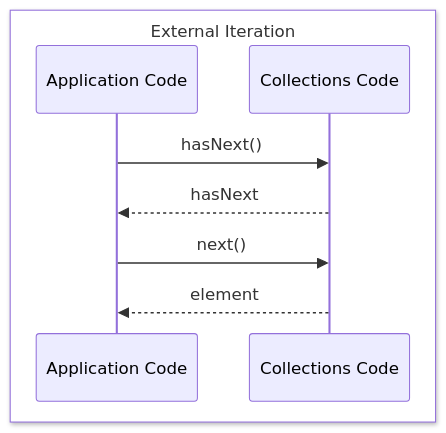
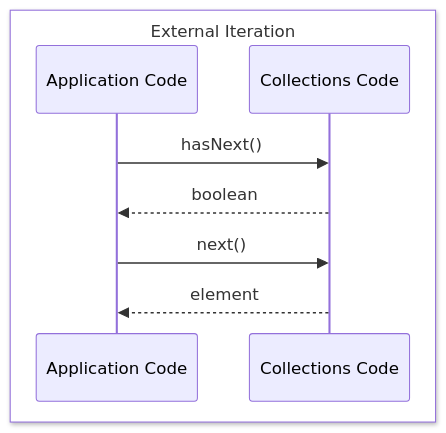
One commit to kaushik912/code_public changed the first of 2 diagrams in blogging/java8/Java8-part2.md. Above: the diagram before and after it, drawn with Mermaid. The commit also changed other lines of this file, not shown here.

````diff
--- a/blogging/java8/Java8-part2.md
+++ b/blogging/java8/Java8-part2.md
@@ -31,11 +40,11 @@
 ```mermaid
 sequenceDiagram
 box White External Iteration
     participant Application Code
     participant Collections Code
 end 
     Application Code->>Collections Code: hasNext()
-    Collections Code-->>Application Code: hasNext
+    Collections Code-->>Application Code: boolean
     Application Code->>Collections Code: next()
     Collections Code-->>Application Code: element
 ```
````
